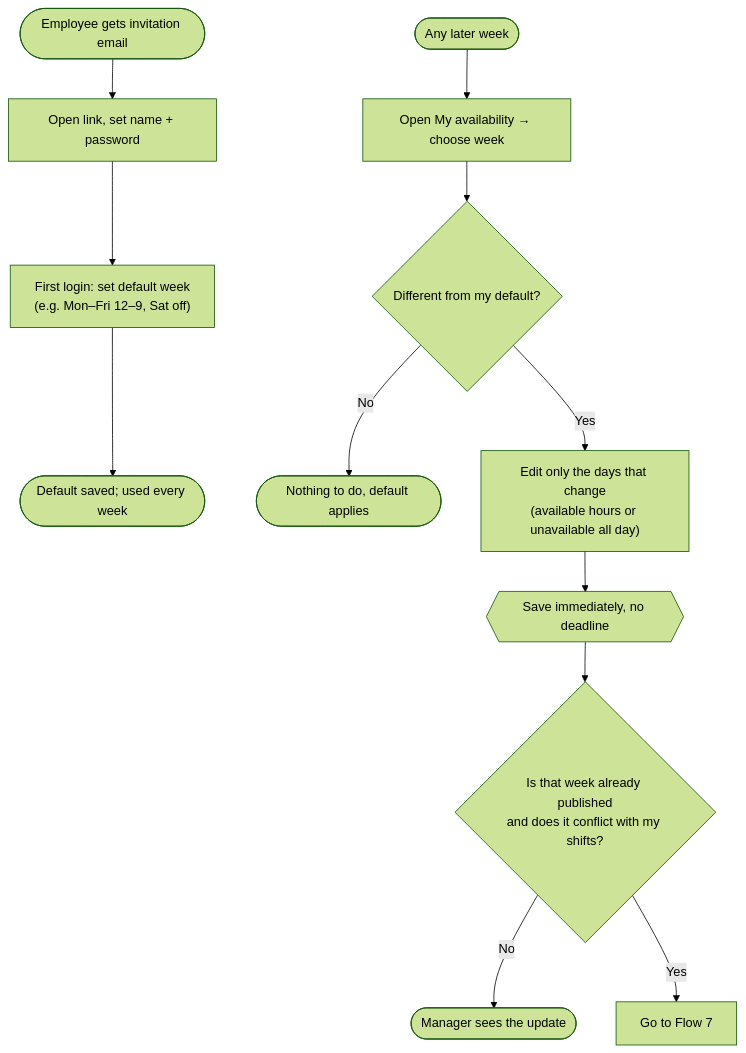
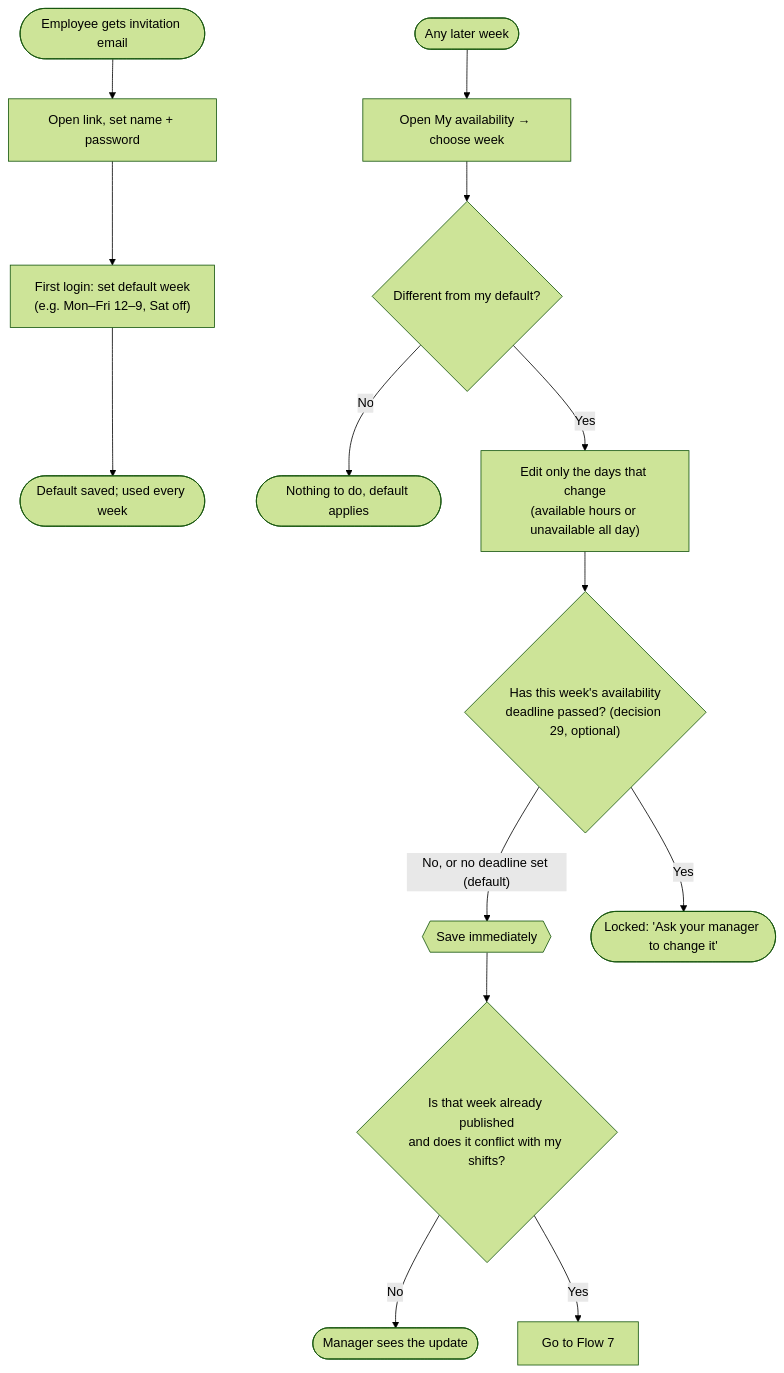
The second of 8 diagrams in docs/user-flows.md (DebbieP20/teamvory), drawn with Mermaid (forest theme) before and after one commit. The commit also changed other lines of this file and 7 other files, not shown here.

First line of the commit message:
Plan: optional availability deadline and time-off approval (decisions 29, 30)

````diff
--- a/docs/user-flows.md
+++ b/docs/user-flows.md
@@ -68,15 +68,17 @@
 ```mermaid
 flowchart TD
     S(["Employee gets invitation email"]) --> L["Open link, set name + password"]
     L --> FIRST["First login: set default week<br/>(e.g. Mon–Fri 12–9, Sat off)"]
     FIRST --> DONE1(["Default saved; used every week"])
 
     W(["Any later week"]) --> MA["Open My availability → choose week"]
     MA --> CH{"Different from my default?"}
     CH -->|No| KEEP(["Nothing to do, default applies"])
     CH -->|Yes| EX["Edit only the days that change<br/>(available hours or unavailable all day)"]
-    EX --> SAVE{{"Save immediately, no deadline"}}
+    EX --> DL{"Has this week's availability<br/>deadline passed? (decision 29, optional)"}
+    DL -->|"No, or no deadline set (default)"| SAVE{{"Save immediately"}}
+    DL -->|Yes| LOCK(["Locked: 'Ask your manager to change it'"])
     SAVE --> PUBQ{"Is that week already published<br/>and does it conflict with my shifts?"}
     PUBQ -->|No| OK(["Manager sees the update"])
     PUBQ -->|Yes| FL["Go to Flow 7"]
 ```
````
